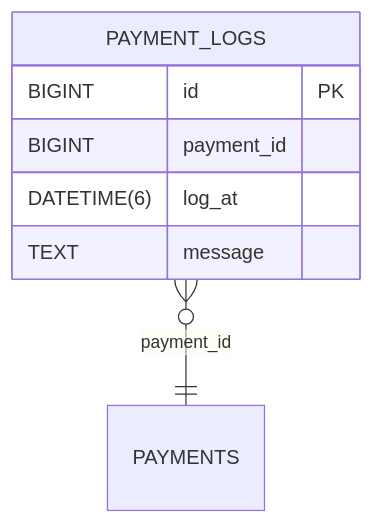
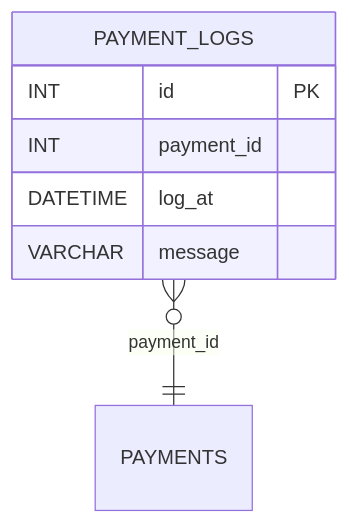
Before and after one commit to blackcatdatabase/table-payment-logs: the diagram in README.md, drawn with Mermaid. The commit also changed other lines of this file, not shown here.

Commit message:
chore(schema): add/update generated schema + README (umbrella sync)

````diff
--- a/README.md
+++ b/README.md
@@ -48,10 +48,10 @@
 ```mermaid
 erDiagram
   PAYMENT_LOGS {
-    BIGINT id PK
-    BIGINT payment_id
-    DATETIME(6) log_at
-    TEXT message
+    INT id PK
+    INT payment_id
+    DATETIME log_at
+    VARCHAR message
   }
   PAYMENT_LOGS }o--|| PAYMENTS : "payment_id"
 ```
````
